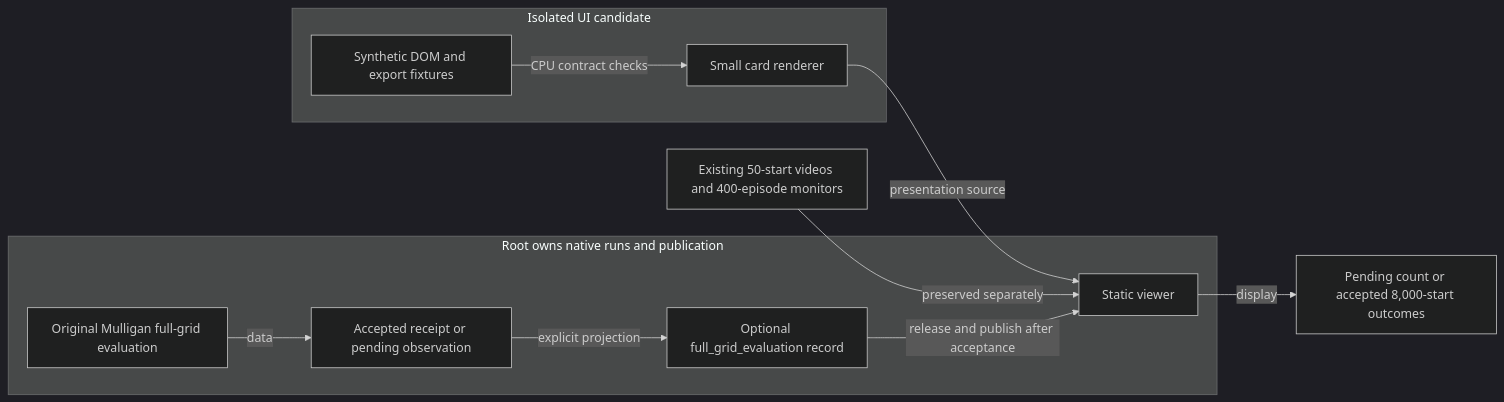
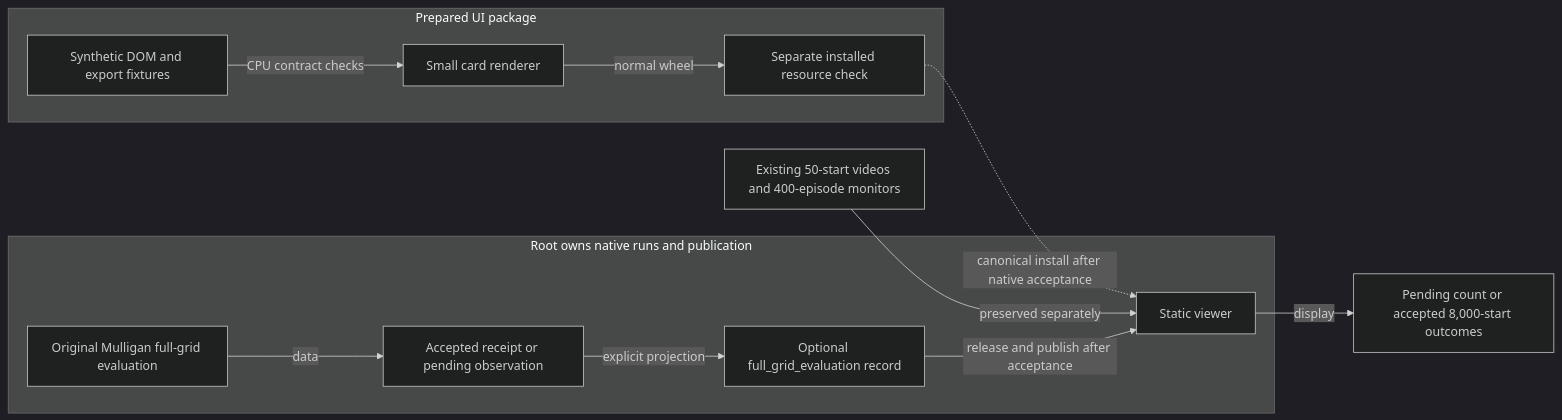
The diagram in docs/bench/MULLIGAN_FULL_GRID_VIEWER.mmd (aditya9729/abc), drawn with Mermaid (dark theme) before and after one commit. The commit also changed 2 other files, not shown here.

Commit message:
Verify full-grid viewer wheel in an isolated resource environment

```diff
--- a/docs/bench/MULLIGAN_FULL_GRID_VIEWER.mmd
+++ b/docs/bench/MULLIGAN_FULL_GRID_VIEWER.mmd
@@ -1,12 +1,13 @@
 flowchart LR
   subgraph Root[Root owns native runs and publication]
     A[Original Mulligan full-grid evaluation] -->|data| R[Accepted receipt or pending observation]
     R -->|explicit projection| J[Optional full_grid_evaluation record]
     J -->|release and publish after acceptance| V[Static viewer]
   end
-  subgraph Candidate[Isolated UI candidate]
-    C[Small card renderer] -->|presentation source| V
+  subgraph Candidate[Prepared UI package]
+    C[Small card renderer] -->|normal wheel| W[Separate installed resource check]
+    W -.->|canonical install after native acceptance| V
     F[Synthetic DOM and export fixtures] -->|CPU contract checks| C
   end
   V -->|display| O[Pending count or accepted 8,000-start outcomes]
   P[Existing 50-start videos and 400-episode monitors] -->|preserved separately| V
```
